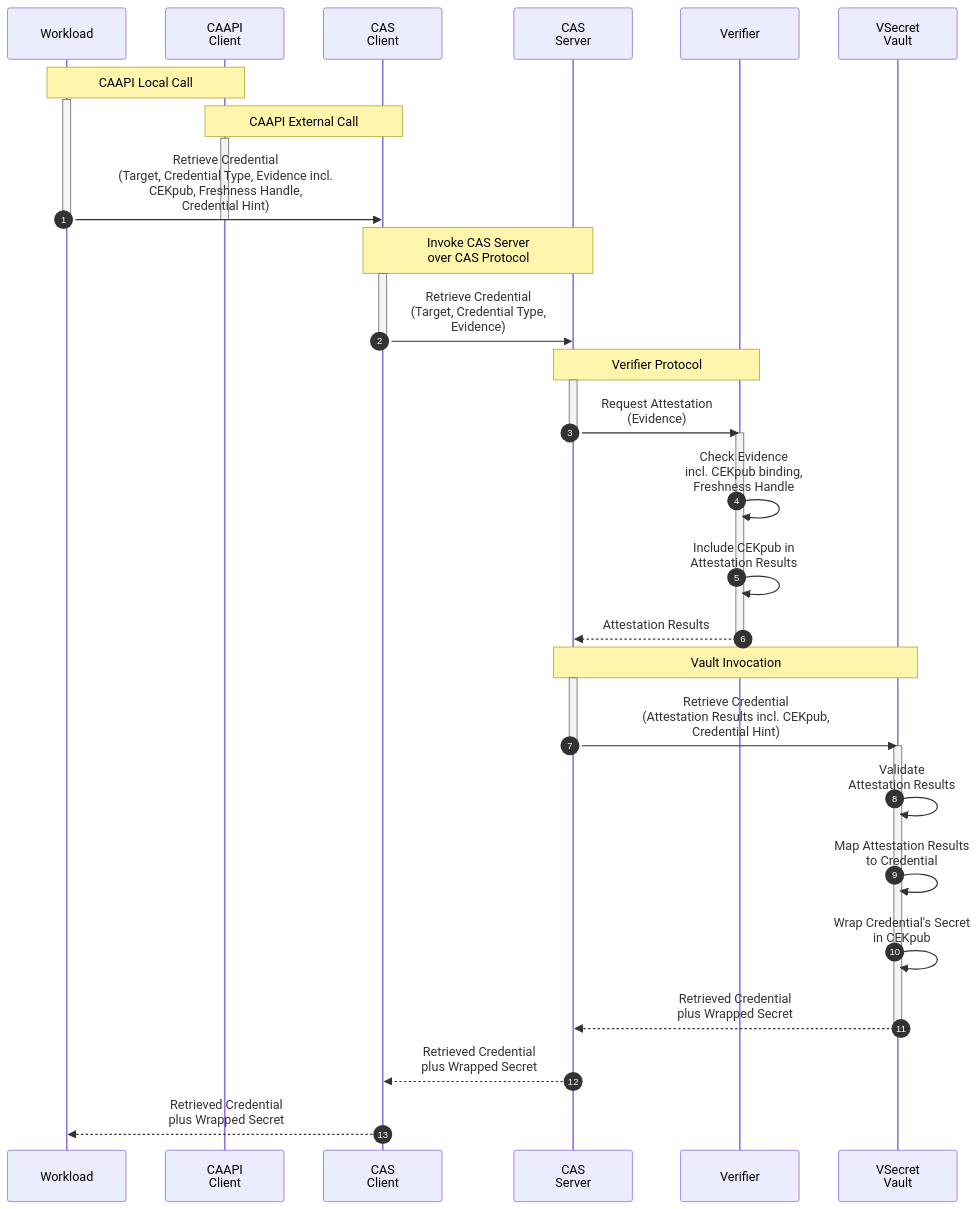
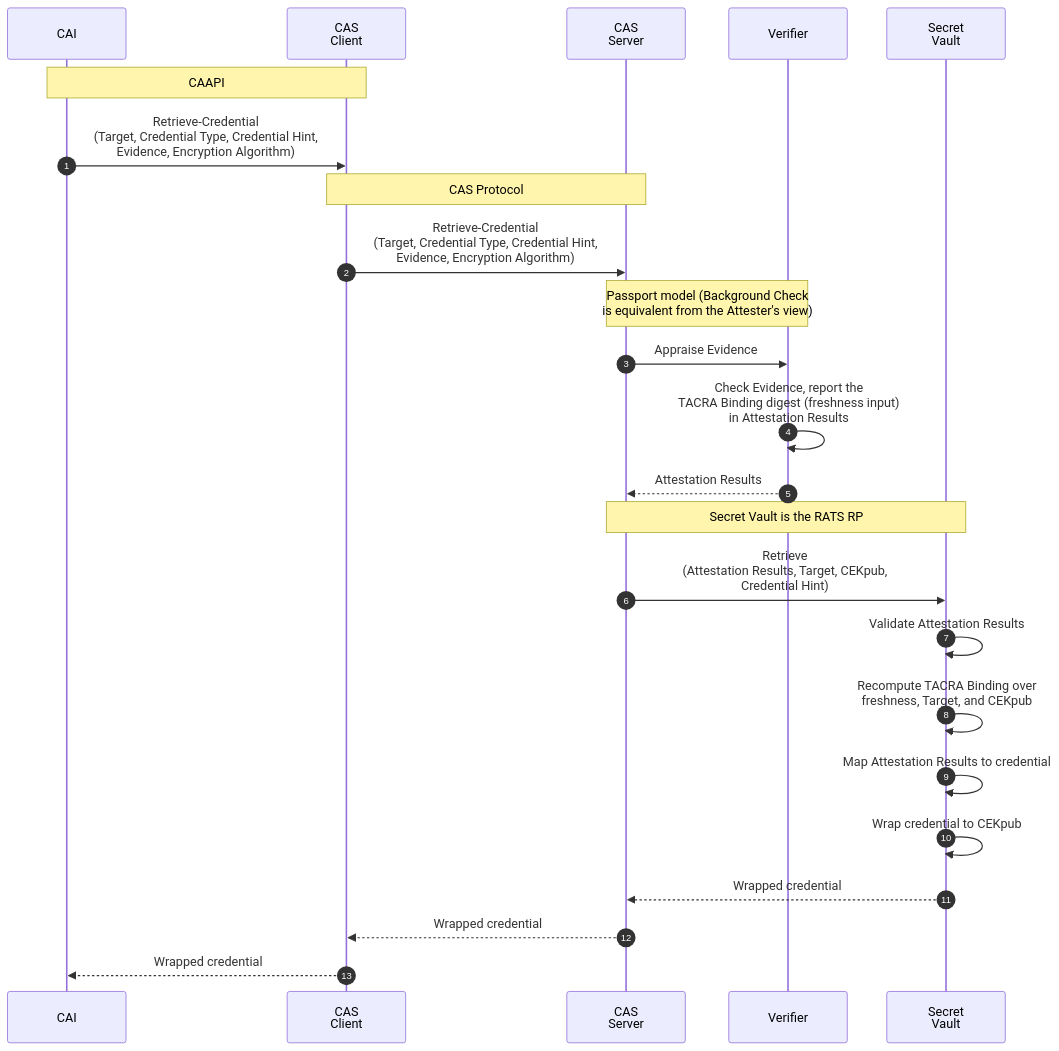
Before and after one commit to TWI-Unified-Model/tacra: the diagram in proto/retrieve.mmd, drawn with Mermaid. The commit also changed 3 other files, not shown here.

```diff
--- a/proto/retrieve.mmd
+++ b/proto/retrieve.mmd
@@ -1,43 +1,29 @@
-%% Retrieving existing proof-of-posvesvion or bearer token credentials
+%% Retrieve-Credential (CAAPI)
+%% Fetch a pre-existing proof-of-possession or bearer-token credential.
+%% The Secret Vault is the RATS Relying Party; it wraps the credential to CEKpub.
 sequenceDiagram
-    participant W as Workload
-    participant CAA_C as CAAPI<br/>Client
+    participant CAI as CAI
     participant CAS_C as CAS<br/>Client
     participant CAS_S as CAS<br/>Server
     participant V as Verifier
-    participant SV as VSecret<br/>Vault
+    participant SV as Secret<br/>Vault
 
     autonumber
 
-    note over W, CAA_C: CAAPI Local Call
-    activate W
-    note over CAA_C, CAS_C: CAAPI External Call
-    activate CAA_C
-    W->>CAS_C: Retrieve Credential<br/>(Target, Credential Type, Evidence incl.<br/> CEKpub, Freshness Handle,<br/>Credential Hint)
-    deactivate CAA_C
-    deactivate W
-    note over CAS_C, CAS_S: Invoke CAS Server<br/>over CAS Protocol
-    activate CAS_C
-    CAS_C->>CAS_S: Retrieve Credential<br/>(Target, Credential Type,<br/>Evidence)
-    deactivate CAS_C
-    note over CAS_S, V: Verifier Protocol
-    activate CAS_S
-    CAS_S->>V: Request Attestation<br/>(Evidence)
-    deactivate CAS_S
-    activate V
-    V->>V: Check Evidence<br/>incl. CEKpub binding,<br/>Freshness Handle
-    V->>V: Include CEKpub in<br/>Attestation Results
+    note over CAI, CAS_C: CAAPI
+    CAI->>CAS_C: Retrieve-Credential<br/>(Target, Credential Type, Credential Hint,<br/>Evidence, Encryption Algorithm)
+    note over CAS_C, CAS_S: CAS Protocol
+    CAS_C->>CAS_S: Retrieve-Credential<br/>(Target, Credential Type, Credential Hint,<br/>Evidence, Encryption Algorithm)
+    note over CAS_S, V: Passport model (Background Check<br/>is equivalent from the Attester's view)
+    CAS_S->>V: Appraise Evidence
+    V->>V: Check Evidence, report the<br/>TACRA Binding digest (freshness input)<br/>in Attestation Results
     V-->>CAS_S: Attestation Results
-    deactivate V
-    note over CAS_S, SV: Vault Invocation
-    activate CAS_S
-    CAS_S->>SV: Retrieve Credential<br/>(Attestation Results incl. CEKpub,<br/>Credential Hint)
-    deactivate CAS_S
-    activate SV
-    SV->>SV: Validate<br/>Attestation Results
-    SV->>SV: Map Attestation Results<br/>to Credential
-    SV->>SV: Wrap Credential's Secret<br/>in CEKpub
-    SV-->>CAS_S: Retrieved Credential<br/>plus Wrapped Secret
-    deactivate SV
-    CAS_S-->>CAS_C: Retrieved Credential<br/>plus Wrapped Secret
-    CAS_C-->>W: Retrieved Credential<br/>plus Wrapped Secret
+    note over CAS_S, SV: Secret Vault is the RATS RP
+    CAS_S->>SV: Retrieve<br/>(Attestation Results, Target, CEKpub,<br/>Credential Hint)
+    SV->>SV: Validate Attestation Results
+    SV->>SV: Recompute TACRA Binding over<br/>freshness, Target, and CEKpub
+    SV->>SV: Map Attestation Results to credential
+    SV->>SV: Wrap credential to CEKpub
+    SV-->>CAS_S: Wrapped credential
+    CAS_S-->>CAS_C: Wrapped credential
+    CAS_C-->>CAI: Wrapped credential
```
